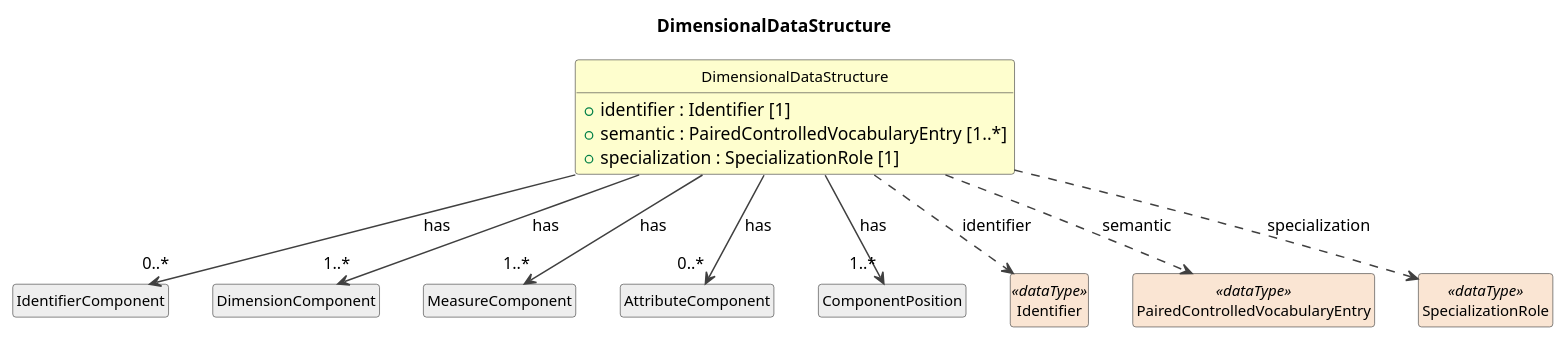
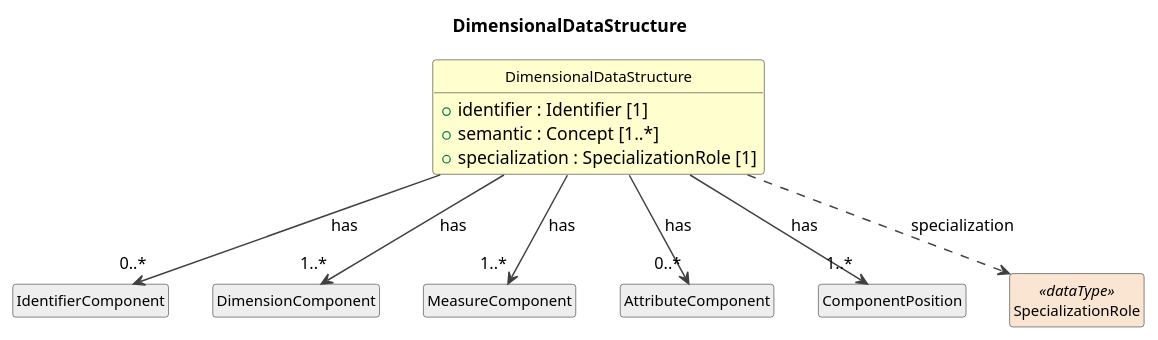
One commit to Cross-Domain-Interoperability-Framework/metadataBuildingBlocks changed the diagram in build/field-level-documentation/CDIFDataStructure/Classes/DimensionalDataStructure.pu. Above: the diagram before and after it, drawn with PlantUML. The commit also changed 237 other files, not shown here.

```diff
--- a/build/field-level-documentation/CDIFDataStructure/Classes/DimensionalDataStructure.pu
+++ b/build/field-level-documentation/CDIFDataStructure/Classes/DimensionalDataStructure.pu
@@ -1,35 +1,31 @@
 @startuml
 title DimensionalDataStructure
 hide circle
 hide empty members
 skinparam shadowing false
 skinparam ArrowThickness 1.2
 skinparam class {
   ArrowColor #404040
   BorderColor #404040
   FontSize 12
 }
 
 class "DimensionalDataStructure" as DimensionalDataStructure #FEFECE {
   +identifier : Identifier [1]
-  +semantic : PairedControlledVocabularyEntry [1..*]
+  +semantic : Concept [1..*]
   +specialization : SpecializationRole [1]
 }
 class "IdentifierComponent" as IdentifierComponent #EEEEEE
 DimensionalDataStructure --> "0..*" IdentifierComponent : has
 class "DimensionComponent" as DimensionComponent #EEEEEE
 DimensionalDataStructure --> "1..*" DimensionComponent : has
 class "MeasureComponent" as MeasureComponent #EEEEEE
 DimensionalDataStructure --> "1..*" MeasureComponent : has
 class "AttributeComponent" as AttributeComponent #EEEEEE
 DimensionalDataStructure --> "0..*" AttributeComponent : has
 class "ComponentPosition" as ComponentPosition #EEEEEE
 DimensionalDataStructure --> "1..*" ComponentPosition : has
-class "Identifier" as Identifier <<dataType>> #FAE5D3
-DimensionalDataStructure ..> Identifier : identifier
-class "PairedControlledVocabularyEntry" as PairedControlledVocabularyEntry <<dataType>> #FAE5D3
-DimensionalDataStructure ..> PairedControlledVocabularyEntry : semantic
 class "SpecializationRole" as SpecializationRole <<dataType>> #FAE5D3
 DimensionalDataStructure ..> SpecializationRole : specialization
 
 @enduml
```
